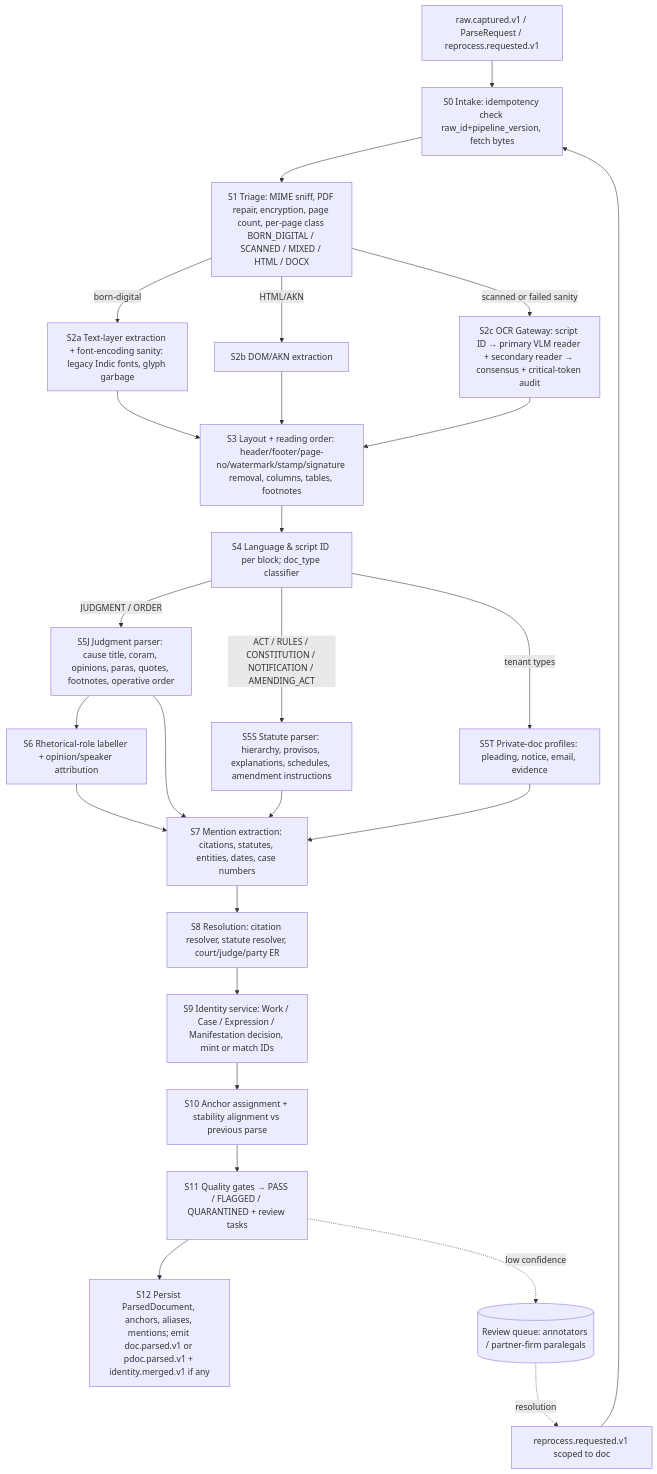
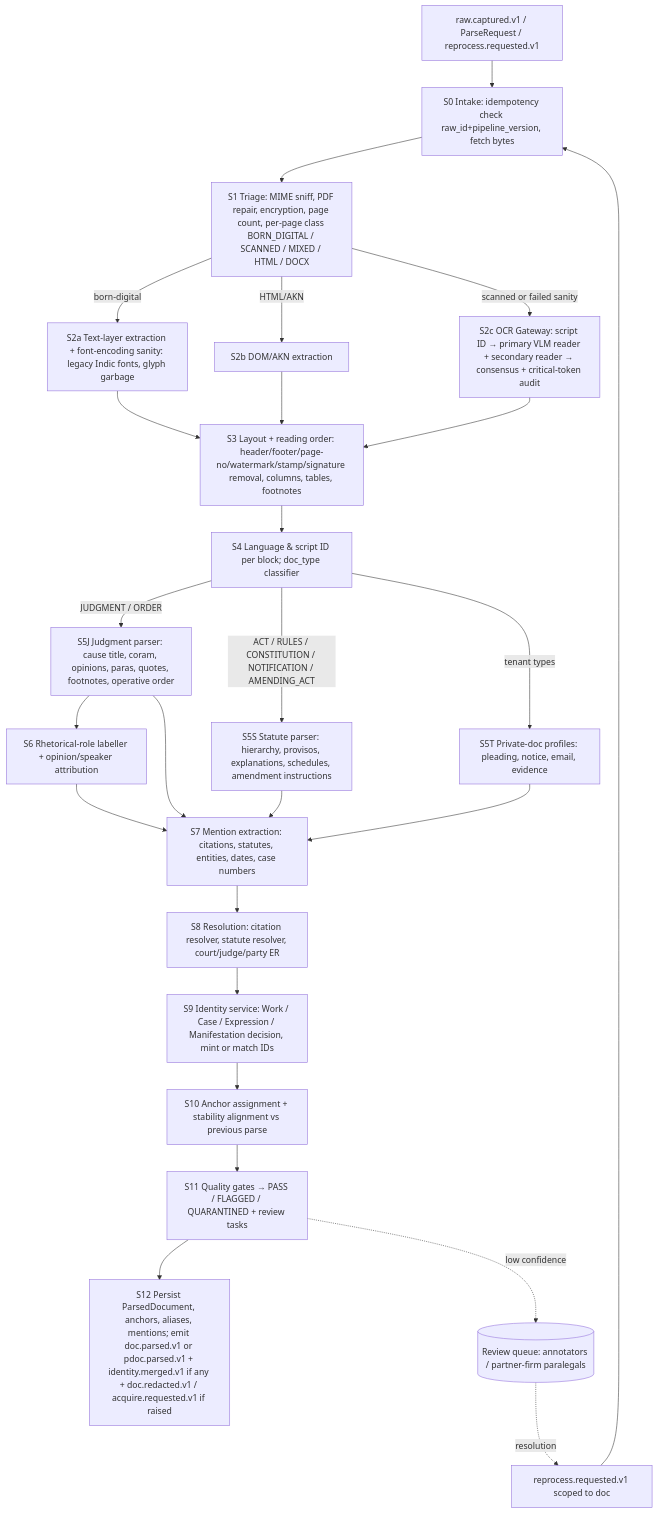
Before and after one commit to arukh281/legal: the diagram in docs/03_P1_ingestion_parsing.md, drawn with Mermaid. The commit also changed other lines of this file and 17 other files, not shown here.

````diff
--- a/docs/03_P1_ingestion_parsing.md
+++ b/docs/03_P1_ingestion_parsing.md
@@ -381,27 +498,27 @@
 ```mermaid
 flowchart TD
   A[raw.captured.v1 / ParseRequest / reprocess.requested.v1] --> B[S0 Intake: idempotency check raw_id+pipeline_version, fetch bytes]
   B --> C[S1 Triage: MIME sniff, PDF repair, encryption, page count, per-page class BORN_DIGITAL / SCANNED / MIXED / HTML / DOCX]
   C -->|born-digital| D1[S2a Text-layer extraction + font-encoding sanity: legacy Indic fonts, glyph garbage]
   C -->|HTML/AKN| D2[S2b DOM/AKN extraction]
   C -->|scanned or failed sanity| D3[S2c OCR Gateway: script ID → primary VLM reader + secondary reader → consensus + critical-token audit]
   D1 --> E[S3 Layout + reading order: header/footer/page-no/watermark/stamp/signature removal, columns, tables, footnotes]
   D2 --> E
   D3 --> E
   E --> F[S4 Language & script ID per block; doc_type classifier]
   F -->|JUDGMENT / ORDER| G1[S5J Judgment parser: cause title, coram, opinions, paras, quotes, footnotes, operative order]
   F -->|ACT / RULES / CONSTITUTION / NOTIFICATION / AMENDING_ACT| G2[S5S Statute parser: hierarchy, provisos, explanations, schedules, amendment instructions]
   F -->|tenant types| G3[S5T Private-doc profiles: pleading, notice, email, evidence]
   G1 --> H[S6 Rhetorical-role labeller + opinion/speaker attribution]
   G1 --> I[S7 Mention extraction: citations, statutes, entities, dates, case numbers]
   G2 --> I
   G3 --> I
   H --> I
   I --> J[S8 Resolution: citation resolver, statute resolver, court/judge/party ER]
   J --> K[S9 Identity service: Work / Case / Expression / Manifestation decision, mint or match IDs]
   K --> L[S10 Anchor assignment + stability alignment vs previous parse]
   L --> M[S11 Quality gates → PASS / FLAGGED / QUARANTINED + review tasks]
-  M --> N[S12 Persist ParsedDocument, anchors, aliases, mentions; emit doc.parsed.v1 or pdoc.parsed.v1 + identity.merged.v1 if any]
+  M --> N[S12 Persist ParsedDocument, anchors, aliases, mentions; emit doc.parsed.v1 or pdoc.parsed.v1 + identity.merged.v1 if any + doc.redacted.v1 / acquire.requested.v1 if raised]
   M -.low confidence.-> R[(Review queue: annotators / partner-firm paralegals)]
   R -.resolution.-> O[reprocess.requested.v1 scoped to doc] --> B
 ```
````
